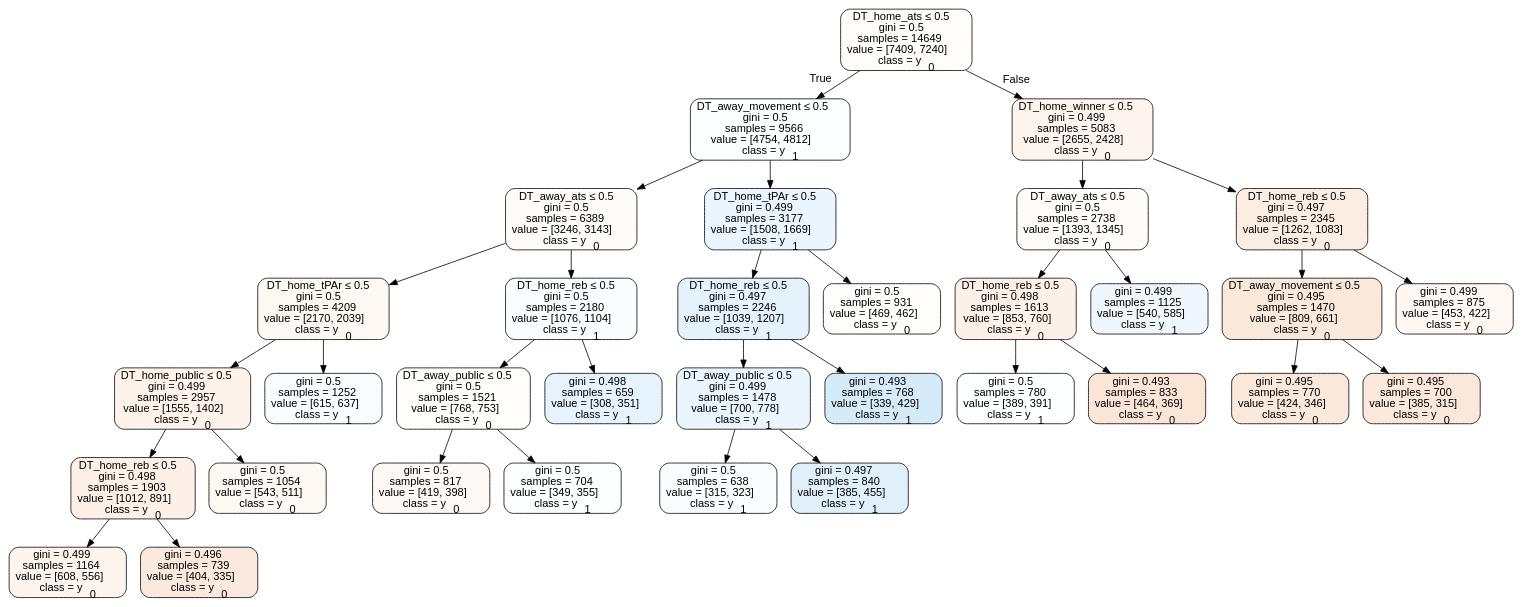
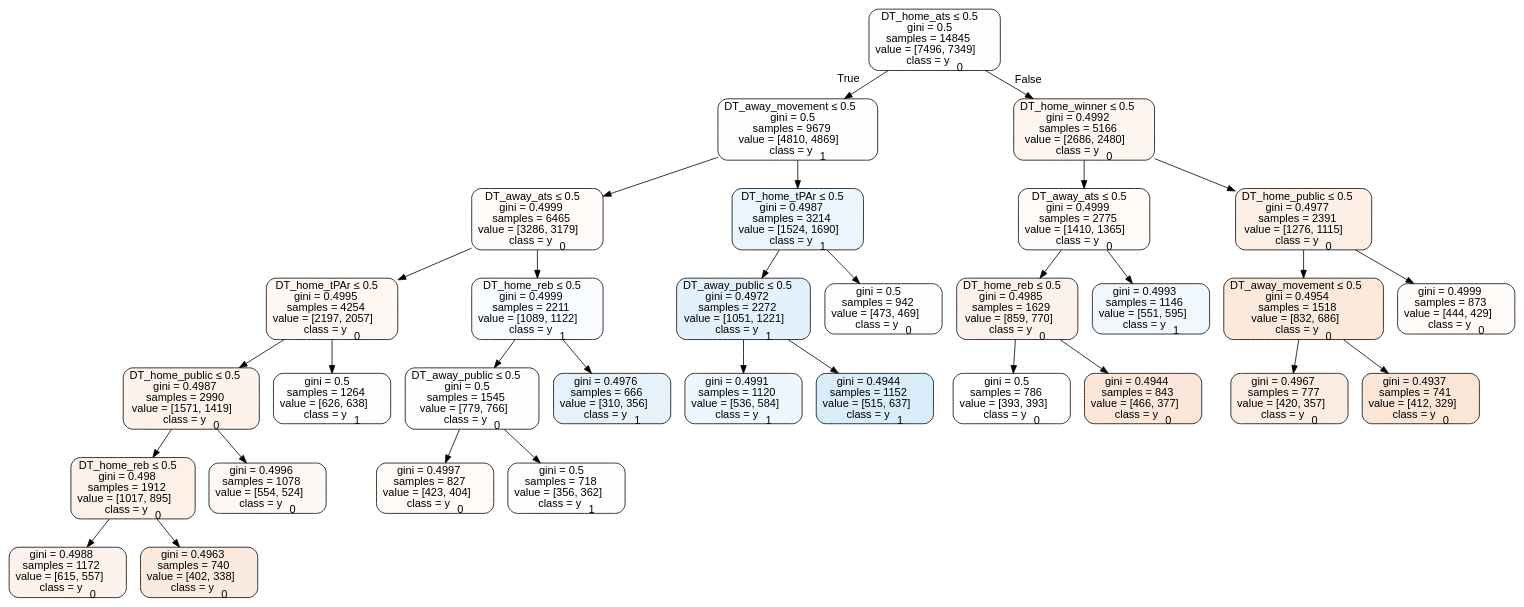
The diagram in Basketball/data/trees/tree2014home.dot (usbogie/ncaa-bets), drawn with Graphviz before and after one commit. The commit also changed 41 other files, not shown here.

```diff
--- a/Basketball/data/trees/tree2014home.dot
+++ b/Basketball/data/trees/tree2014home.dot
@@ -1,69 +1,65 @@
 digraph Tree {
 node [shape=box, style="filled, rounded", color="black", fontname=helvetica] ;
 edge [fontname=helvetica] ;
-0 [label=<DT_home_ats &le; 0.5<br/>gini = 0.5<br/>samples = 14649<br/>value = [7409, 7240]<br/>class = y<SUB>0</SUB>>, fillcolor="#e5813906"] ;
-1 [label=<DT_away_movement &le; 0.5<br/>gini = 0.5<br/>samples = 9566<br/>value = [4754, 4812]<br/>class = y<SUB>1</SUB>>, fillcolor="#399de503"] ;
+0 [label=<DT_home_ats &le; 0.5<br/>gini = 0.5<br/>samples = 14845<br/>value = [7496, 7349]<br/>class = y<SUB>0</SUB>>, fillcolor="#e5813905"] ;
+1 [label=<DT_away_movement &le; 0.5<br/>gini = 0.5<br/>samples = 9679<br/>value = [4810, 4869]<br/>class = y<SUB>1</SUB>>, fillcolor="#399de503"] ;
 0 -> 1 [labeldistance=2.5, labelangle=45, headlabel="True"] ;
-2 [label=<DT_away_ats &le; 0.5<br/>gini = 0.5<br/>samples = 6389<br/>value = [3246, 3143]<br/>class = y<SUB>0</SUB>>, fillcolor="#e5813908"] ;
+2 [label=<DT_away_ats &le; 0.5<br/>gini = 0.4999<br/>samples = 6465<br/>value = [3286, 3179]<br/>class = y<SUB>0</SUB>>, fillcolor="#e5813908"] ;
 1 -> 2 ;
-3 [label=<DT_home_tPAr &le; 0.5<br/>gini = 0.5<br/>samples = 4209<br/>value = [2170, 2039]<br/>class = y<SUB>0</SUB>>, fillcolor="#e581390f"] ;
+3 [label=<DT_home_tPAr &le; 0.5<br/>gini = 0.4995<br/>samples = 4254<br/>value = [2197, 2057]<br/>class = y<SUB>0</SUB>>, fillcolor="#e5813910"] ;
 2 -> 3 ;
-4 [label=<DT_home_public &le; 0.5<br/>gini = 0.499<br/>samples = 2957<br/>value = [1555, 1402]<br/>class = y<SUB>0</SUB>>, fillcolor="#e5813919"] ;
+4 [label=<DT_home_public &le; 0.5<br/>gini = 0.4987<br/>samples = 2990<br/>value = [1571, 1419]<br/>class = y<SUB>0</SUB>>, fillcolor="#e5813919"] ;
 3 -> 4 ;
-5 [label=<DT_home_reb &le; 0.5<br/>gini = 0.498<br/>samples = 1903<br/>value = [1012, 891]<br/>class = y<SUB>0</SUB>>, fillcolor="#e581391e"] ;
+5 [label=<DT_home_reb &le; 0.5<br/>gini = 0.498<br/>samples = 1912<br/>value = [1017, 895]<br/>class = y<SUB>0</SUB>>, fillcolor="#e581391f"] ;
 4 -> 5 ;
-6 [label=<gini = 0.499<br/>samples = 1164<br/>value = [608, 556]<br/>class = y<SUB>0</SUB>>, fillcolor="#e5813916"] ;
+6 [label=<gini = 0.4988<br/>samples = 1172<br/>value = [615, 557]<br/>class = y<SUB>0</SUB>>, fillcolor="#e5813918"] ;
 5 -> 6 ;
-7 [label=<gini = 0.496<br/>samples = 739<br/>value = [404, 335]<br/>class = y<SUB>0</SUB>>, fillcolor="#e581392c"] ;
+7 [label=<gini = 0.4963<br/>samples = 740<br/>value = [402, 338]<br/>class = y<SUB>0</SUB>>, fillcolor="#e5813929"] ;
 5 -> 7 ;
-8 [label=<gini = 0.5<br/>samples = 1054<br/>value = [543, 511]<br/>class = y<SUB>0</SUB>>, fillcolor="#e581390f"] ;
+8 [label=<gini = 0.4996<br/>samples = 1078<br/>value = [554, 524]<br/>class = y<SUB>0</SUB>>, fillcolor="#e581390e"] ;
 4 -> 8 ;
-9 [label=<gini = 0.5<br/>samples = 1252<br/>value = [615, 637]<br/>class = y<SUB>1</SUB>>, fillcolor="#399de509"] ;
+9 [label=<gini = 0.5<br/>samples = 1264<br/>value = [626, 638]<br/>class = y<SUB>1</SUB>>, fillcolor="#399de505"] ;
 3 -> 9 ;
-10 [label=<DT_home_reb &le; 0.5<br/>gini = 0.5<br/>samples = 2180<br/>value = [1076, 1104]<br/>class = y<SUB>1</SUB>>, fillcolor="#399de506"] ;
+10 [label=<DT_home_reb &le; 0.5<br/>gini = 0.4999<br/>samples = 2211<br/>value = [1089, 1122]<br/>class = y<SUB>1</SUB>>, fillcolor="#399de508"] ;
 2 -> 10 ;
-11 [label=<DT_away_public &le; 0.5<br/>gini = 0.5<br/>samples = 1521<br/>value = [768, 753]<br/>class = y<SUB>0</SUB>>, fillcolor="#e5813905"] ;
+11 [label=<DT_away_public &le; 0.5<br/>gini = 0.5<br/>samples = 1545<br/>value = [779, 766]<br/>class = y<SUB>0</SUB>>, fillcolor="#e5813904"] ;
 10 -> 11 ;
-12 [label=<gini = 0.5<br/>samples = 817<br/>value = [419, 398]<br/>class = y<SUB>0</SUB>>, fillcolor="#e581390d"] ;
+12 [label=<gini = 0.4997<br/>samples = 827<br/>value = [423, 404]<br/>class = y<SUB>0</SUB>>, fillcolor="#e581390b"] ;
 11 -> 12 ;
-13 [label=<gini = 0.5<br/>samples = 704<br/>value = [349, 355]<br/>class = y<SUB>1</SUB>>, fillcolor="#399de504"] ;
+13 [label=<gini = 0.5<br/>samples = 718<br/>value = [356, 362]<br/>class = y<SUB>1</SUB>>, fillcolor="#399de504"] ;
 11 -> 13 ;
-14 [label=<gini = 0.498<br/>samples = 659<br/>value = [308, 351]<br/>class = y<SUB>1</SUB>>, fillcolor="#399de51f"] ;
+14 [label=<gini = 0.4976<br/>samples = 666<br/>value = [310, 356]<br/>class = y<SUB>1</SUB>>, fillcolor="#399de521"] ;
 10 -> 14 ;
-15 [label=<DT_home_tPAr &le; 0.5<br/>gini = 0.499<br/>samples = 3177<br/>value = [1508, 1669]<br/>class = y<SUB>1</SUB>>, fillcolor="#399de519"] ;
+15 [label=<DT_home_tPAr &le; 0.5<br/>gini = 0.4987<br/>samples = 3214<br/>value = [1524, 1690]<br/>class = y<SUB>1</SUB>>, fillcolor="#399de519"] ;
 1 -> 15 ;
-16 [label=<DT_home_reb &le; 0.5<br/>gini = 0.497<br/>samples = 2246<br/>value = [1039, 1207]<br/>class = y<SUB>1</SUB>>, fillcolor="#399de523"] ;
+16 [label=<DT_away_public &le; 0.5<br/>gini = 0.4972<br/>samples = 2272<br/>value = [1051, 1221]<br/>class = y<SUB>1</SUB>>, fillcolor="#399de524"] ;
 15 -> 16 ;
-17 [label=<DT_away_public &le; 0.5<br/>gini = 0.499<br/>samples = 1478<br/>value = [700, 778]<br/>class = y<SUB>1</SUB>>, fillcolor="#399de51a"] ;
+17 [label=<gini = 0.4991<br/>samples = 1120<br/>value = [536, 584]<br/>class = y<SUB>1</SUB>>, fillcolor="#399de515"] ;
 16 -> 17 ;
-18 [label=<gini = 0.5<br/>samples = 638<br/>value = [315, 323]<br/>class = y<SUB>1</SUB>>, fillcolor="#399de506"] ;
-17 -> 18 ;
-19 [label=<gini = 0.497<br/>samples = 840<br/>value = [385, 455]<br/>class = y<SUB>1</SUB>>, fillcolor="#399de527"] ;
-17 -> 19 ;
-20 [label=<gini = 0.493<br/>samples = 768<br/>value = [339, 429]<br/>class = y<SUB>1</SUB>>, fillcolor="#399de535"] ;
-16 -> 20 ;
-21 [label=<gini = 0.5<br/>samples = 931<br/>value = [469, 462]<br/>class = y<SUB>0</SUB>>, fillcolor="#e5813904"] ;
-15 -> 21 ;
-22 [label=<DT_home_winner &le; 0.5<br/>gini = 0.499<br/>samples = 5083<br/>value = [2655, 2428]<br/>class = y<SUB>0</SUB>>, fillcolor="#e5813916"] ;
-0 -> 22 [labeldistance=2.5, labelangle=-45, headlabel="False"] ;
-23 [label=<DT_away_ats &le; 0.5<br/>gini = 0.5<br/>samples = 2738<br/>value = [1393, 1345]<br/>class = y<SUB>0</SUB>>, fillcolor="#e5813909"] ;
+18 [label=<gini = 0.4944<br/>samples = 1152<br/>value = [515, 637]<br/>class = y<SUB>1</SUB>>, fillcolor="#399de531"] ;
+16 -> 18 ;
+19 [label=<gini = 0.5<br/>samples = 942<br/>value = [473, 469]<br/>class = y<SUB>0</SUB>>, fillcolor="#e5813902"] ;
+15 -> 19 ;
+20 [label=<DT_home_winner &le; 0.5<br/>gini = 0.4992<br/>samples = 5166<br/>value = [2686, 2480]<br/>class = y<SUB>0</SUB>>, fillcolor="#e5813914"] ;
+0 -> 20 [labeldistance=2.5, labelangle=-45, headlabel="False"] ;
+21 [label=<DT_away_ats &le; 0.5<br/>gini = 0.4999<br/>samples = 2775<br/>value = [1410, 1365]<br/>class = y<SUB>0</SUB>>, fillcolor="#e5813908"] ;
+20 -> 21 ;
+22 [label=<DT_home_reb &le; 0.5<br/>gini = 0.4985<br/>samples = 1629<br/>value = [859, 770]<br/>class = y<SUB>0</SUB>>, fillcolor="#e581391a"] ;
+21 -> 22 ;
+23 [label=<gini = 0.5<br/>samples = 786<br/>value = [393, 393]<br/>class = y<SUB>0</SUB>>, fillcolor="#e5813900"] ;
 22 -> 23 ;
-24 [label=<DT_home_reb &le; 0.5<br/>gini = 0.498<br/>samples = 1613<br/>value = [853, 760]<br/>class = y<SUB>0</SUB>>, fillcolor="#e581391c"] ;
-23 -> 24 ;
-25 [label=<gini = 0.5<br/>samples = 780<br/>value = [389, 391]<br/>class = y<SUB>1</SUB>>, fillcolor="#399de501"] ;
-24 -> 25 ;
-26 [label=<gini = 0.493<br/>samples = 833<br/>value = [464, 369]<br/>class = y<SUB>0</SUB>>, fillcolor="#e5813934"] ;
-24 -> 26 ;
-27 [label=<gini = 0.499<br/>samples = 1125<br/>value = [540, 585]<br/>class = y<SUB>1</SUB>>, fillcolor="#399de514"] ;
-23 -> 27 ;
-28 [label=<DT_home_reb &le; 0.5<br/>gini = 0.497<br/>samples = 2345<br/>value = [1262, 1083]<br/>class = y<SUB>0</SUB>>, fillcolor="#e5813924"] ;
-22 -> 28 ;
-29 [label=<DT_away_movement &le; 0.5<br/>gini = 0.495<br/>samples = 1470<br/>value = [809, 661]<br/>class = y<SUB>0</SUB>>, fillcolor="#e581392f"] ;
-28 -> 29 ;
-30 [label=<gini = 0.495<br/>samples = 770<br/>value = [424, 346]<br/>class = y<SUB>0</SUB>>, fillcolor="#e581392f"] ;
-29 -> 30 ;
-31 [label=<gini = 0.495<br/>samples = 700<br/>value = [385, 315]<br/>class = y<SUB>0</SUB>>, fillcolor="#e581392e"] ;
-29 -> 31 ;
-32 [label=<gini = 0.499<br/>samples = 875<br/>value = [453, 422]<br/>class = y<SUB>0</SUB>>, fillcolor="#e5813911"] ;
-28 -> 32 ;
+24 [label=<gini = 0.4944<br/>samples = 843<br/>value = [466, 377]<br/>class = y<SUB>0</SUB>>, fillcolor="#e5813931"] ;
+22 -> 24 ;
+25 [label=<gini = 0.4993<br/>samples = 1146<br/>value = [551, 595]<br/>class = y<SUB>1</SUB>>, fillcolor="#399de513"] ;
+21 -> 25 ;
+26 [label=<DT_home_public &le; 0.5<br/>gini = 0.4977<br/>samples = 2391<br/>value = [1276, 1115]<br/>class = y<SUB>0</SUB>>, fillcolor="#e5813920"] ;
+20 -> 26 ;
+27 [label=<DT_away_movement &le; 0.5<br/>gini = 0.4954<br/>samples = 1518<br/>value = [832, 686]<br/>class = y<SUB>0</SUB>>, fillcolor="#e581392d"] ;
+26 -> 27 ;
+28 [label=<gini = 0.4967<br/>samples = 777<br/>value = [420, 357]<br/>class = y<SUB>0</SUB>>, fillcolor="#e5813926"] ;
+27 -> 28 ;
+29 [label=<gini = 0.4937<br/>samples = 741<br/>value = [412, 329]<br/>class = y<SUB>0</SUB>>, fillcolor="#e5813933"] ;
+27 -> 29 ;
+30 [label=<gini = 0.4999<br/>samples = 873<br/>value = [444, 429]<br/>class = y<SUB>0</SUB>>, fillcolor="#e5813909"] ;
+26 -> 30 ;
 }
```
